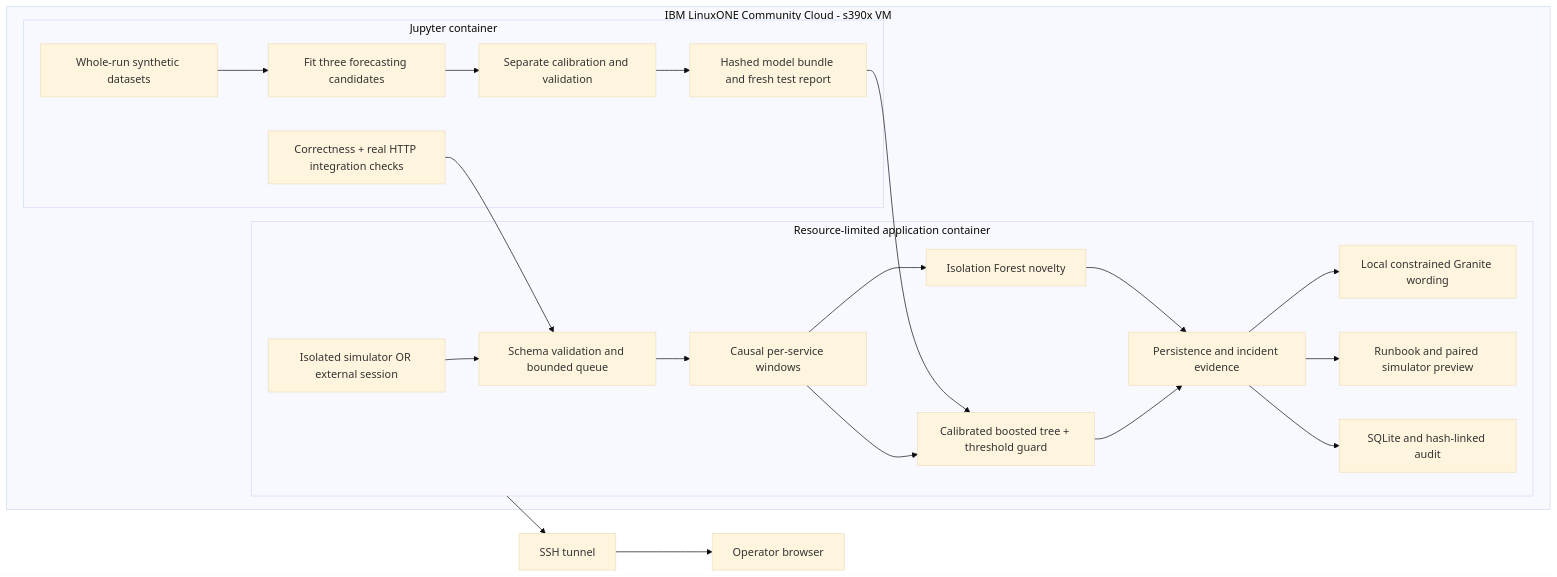
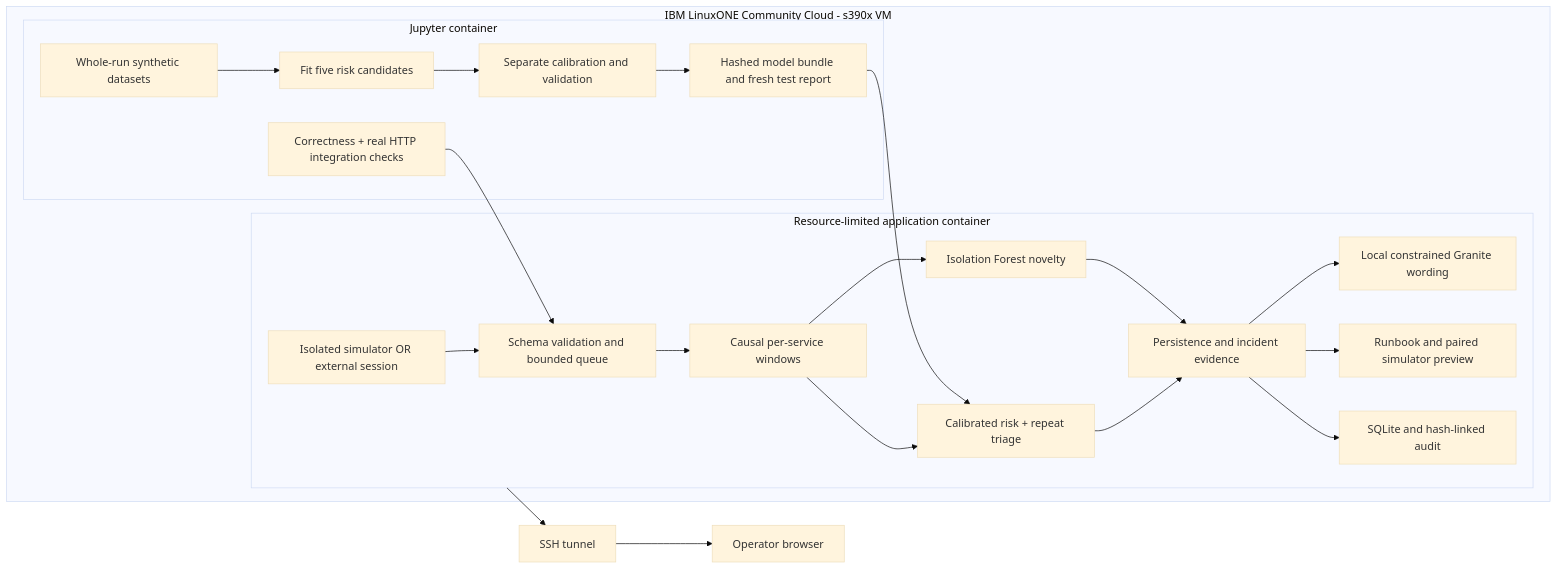
One commit to ANBU-SELVAN-1907/RASCALS-IBM-DATATHON changed the diagram in docs/TECHNICAL-DESIGN.md. Above: the diagram before and after it, drawn with Mermaid (base theme). The commit also changed other lines of this file and 108 other files, not shown here.

Commit message:
Preserve first warnings and apply native ML to repeat notification triage

````diff
--- a/docs/TECHNICAL-DESIGN.md
+++ b/docs/TECHNICAL-DESIGN.md
@@ -5,26 +5,26 @@
 ```mermaid
 flowchart LR
   subgraph VM[IBM LinuxONE Community Cloud - s390x VM]
     subgraph J[Jupyter container]
-      D[Whole-run synthetic datasets] --> T[Fit three forecasting candidates]
+      D[Whole-run synthetic datasets] --> T[Fit five risk candidates]
       T --> C[Separate calibration and validation]
       C --> M[Hashed model bundle and fresh test report]
       V[Correctness + real HTTP integration checks]
     end
     subgraph A[Resource-limited application container]
       S[Isolated simulator OR external session] --> Q[Schema validation and bounded queue]
       Q --> F[Causal per-service windows]
-      F --> P[Calibrated boosted tree + threshold guard]
+      F --> P[Calibrated risk + repeat triage]
       F --> N[Isolation Forest novelty]
       P --> I[Persistence and incident evidence]
       N --> I
       I --> G[Local constrained Granite wording]
       I --> R[Runbook and paired simulator preview]
       I --> L[SQLite and hash-linked audit]
     end
     M --> P
     V --> Q
   end
   A --> SSH[SSH tunnel]
   SSH --> B[Operator browser]
 ```
````
